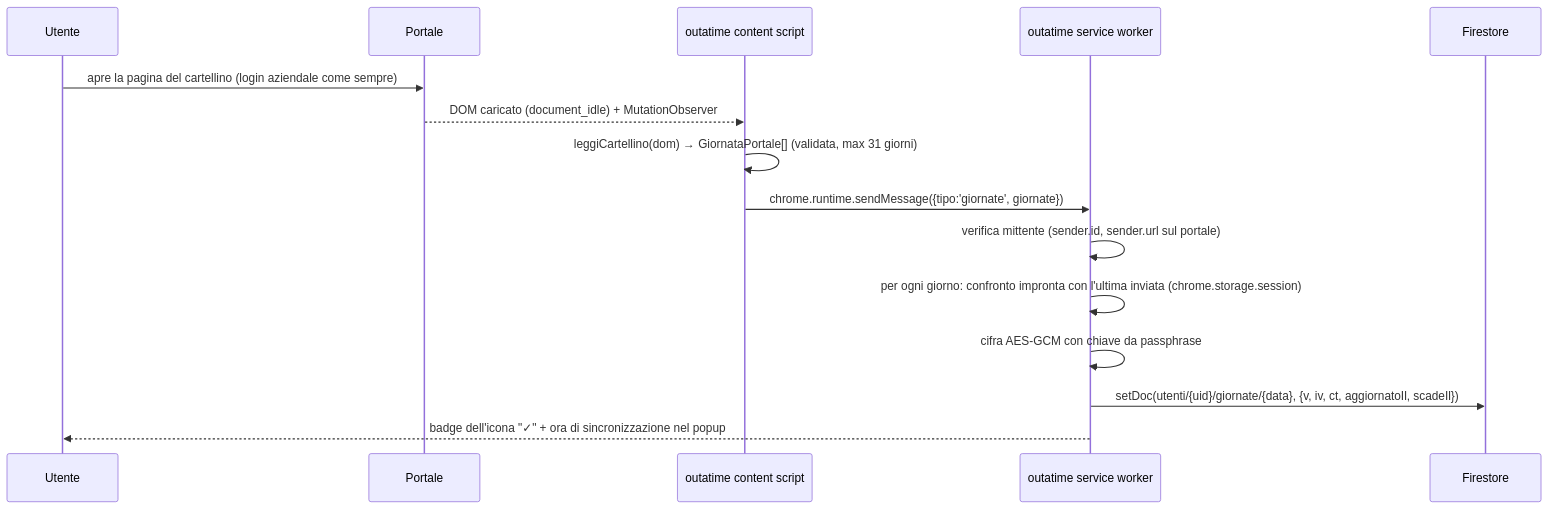
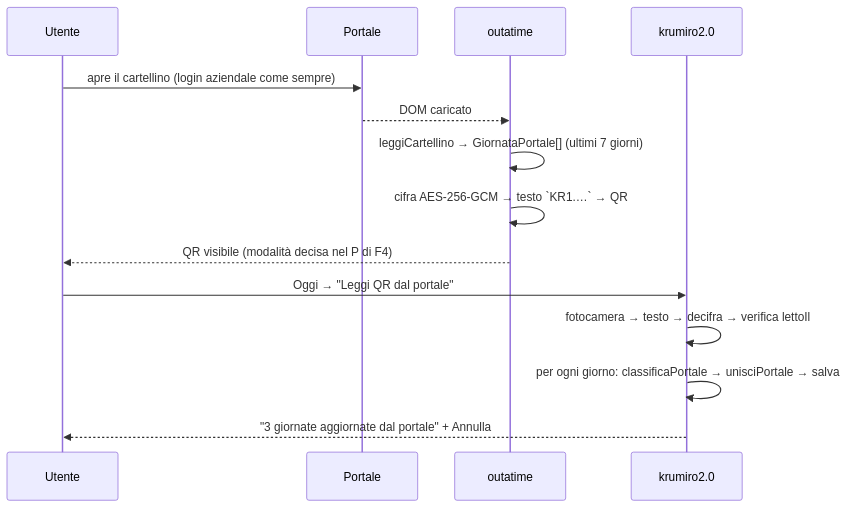
One commit to gcampa/krumiro2.0 changed the second of 2 diagrams in docs/architecture/integrazione-outatime.md. Above: the diagram before and after it, drawn with Mermaid. The commit also changed other lines of this file and 7 other files, not shown here.

````diff
--- a/docs/architecture/integrazione-outatime.md
+++ b/docs/architecture/integrazione-outatime.md
@@ -97,17 +82,16 @@
 ```mermaid
 sequenceDiagram
     participant U as Utente
     participant P as Portale
-    participant C as outatime content script
-    participant S as outatime service worker
-    participant F as Firestore
-    U->>P: apre la pagina del cartellino (login aziendale come sempre)
-    P-->>C: DOM caricato (document_idle) + MutationObserver
-    C->>C: leggiCartellino(dom) → GiornataPortale[] (validata, max 31 giorni)
-    C->>S: chrome.runtime.sendMessage({tipo:'giornate', giornate})
-    S->>S: verifica mittente (sender.id, sender.url sul portale)
-    S->>S: per ogni giorno: confronto impronta con l'ultima inviata (chrome.storage.session)
-    S->>S: cifra AES-GCM con chiave da passphrase
-    S->>F: setDoc(utenti/{uid}/giornate/{data}, {v, iv, ct, aggiornatoIl, scadeIl})
-    S-->>U: badge dell'icona "✓" + ora di sincronizzazione nel popup
+    participant O as outatime
+    participant K as krumiro2.0
+    U->>P: apre il cartellino (login aziendale come sempre)
+    P-->>O: DOM caricato
+    O->>O: leggiCartellino → GiornataPortale[] (ultimi 7 giorni)
+    O->>O: cifra AES-256-GCM → testo `KR1.…` → QR
+    O-->>U: QR visibile (modalità decisa nel P di F4)
+    U->>K: Oggi → "Leggi QR dal portale"
+    K->>K: fotocamera → testo → decifra → verifica lettoIl
+    K->>K: per ogni giorno: classificaPortale → unisciPortale → salva
+    K-->>U: "3 giornate aggiornate dal portale" + Annulla
 ```
````
